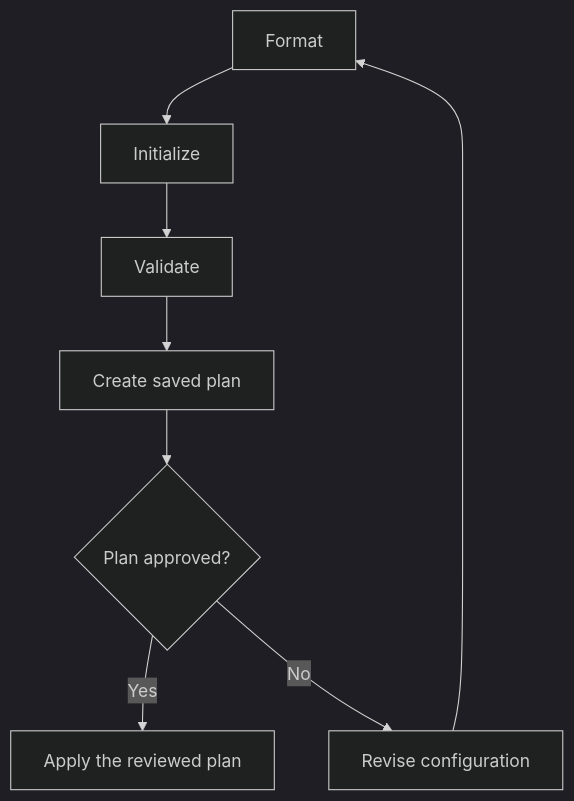
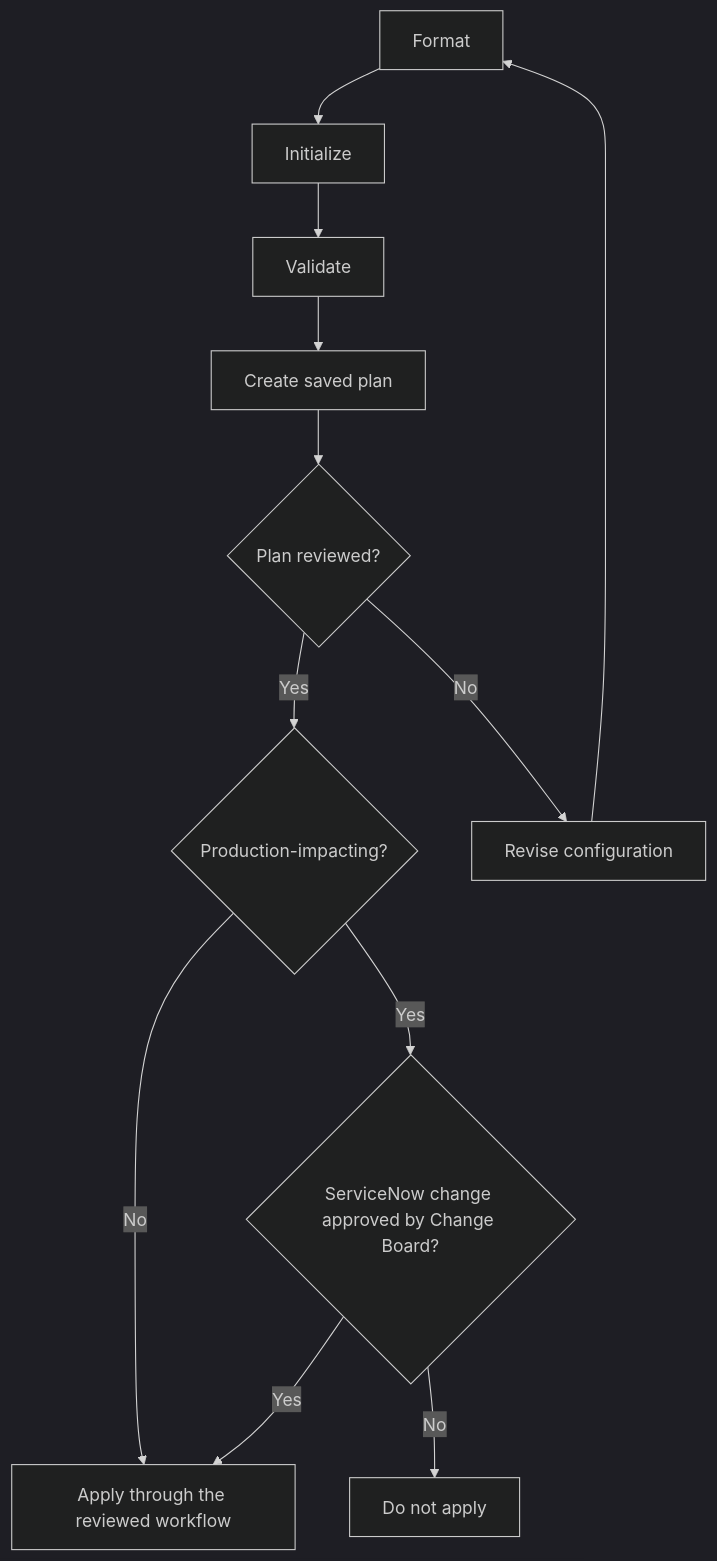
The diagram in command-cheat-sheets/terraform.md (santosrodriguez/cloud-platform-documentation), drawn with Mermaid (dark theme) before and after one commit. The commit also changed other lines of this file and 42 other files, not shown here.

````diff
--- a/command-cheat-sheets/terraform.md
+++ b/command-cheat-sheets/terraform.md
@@ -37,10 +37,14 @@
 ```mermaid
 flowchart TD
     format["Format"] --> init["Initialize"]
     init --> validate["Validate"]
     validate --> plan["Create saved plan"]
-    plan --> review{"Plan approved?"}
-    review -->|"Yes"| apply["Apply the reviewed plan"]
+    plan --> review{"Plan reviewed?"}
+    review -->|"Yes"| production{"Production-impacting?"}
     review -->|"No"| revise["Revise configuration"]
+    production -->|"No"| apply["Apply through the reviewed workflow"]
+    production -->|"Yes"| change{"ServiceNow change approved by Change Board?"}
+    change -->|"Yes"| apply
+    change -->|"No"| stop["Do not apply"]
     revise --> format
 ```
````
